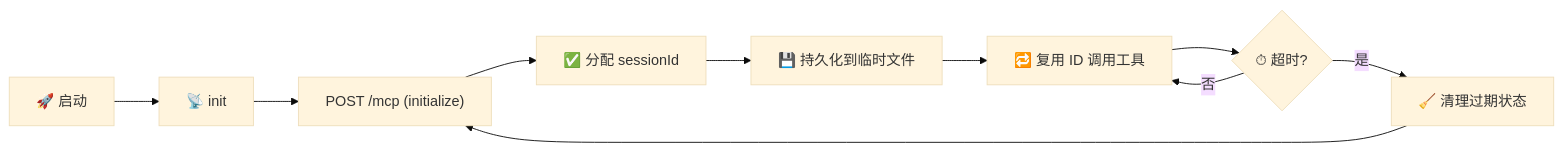
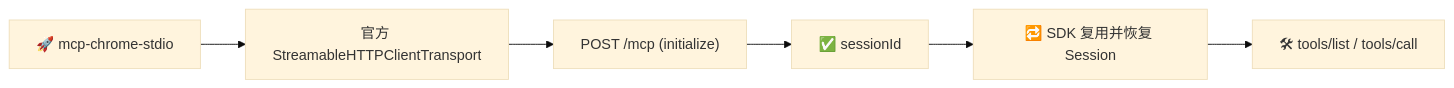
The diagram in README.md (phoenixlucky/chrome-mcp-bridge-2026-skill), drawn with Mermaid (base theme) before and after one commit. The commit also changed other lines of this file and 4 other files, not shown here.

First line of the commit message:
feat: 切换默认入口为原生 mcp-chrome-stdio，发布 v3.4.1 文档

````diff
--- a/README.md
+++ b/README.md
@@ -332,12 +324,8 @@
 ```mermaid
 flowchart LR
-    A["🚀 启动"] --> B["📡 init"]
+    A["🚀 mcp-chrome-stdio"] --> B["官方 StreamableHTTPClientTransport"]
     B --> C["POST /mcp (initialize)"]
-    C --> D["✅ 分配 sessionId"]
-    D --> E["💾 持久化到临时文件"]
-    E --> F["🔁 复用 ID 调用工具"]
-    F --> G{"⏱ 超时?"}
-    G -->|否| F
-    G -->|是| H["🧹 清理过期状态"]
-    H --> C
+    C --> D["✅ sessionId"]
+    D --> E["🔁 SDK 复用并恢复 Session"]
+    E --> F["🛠 tools/list / tools/call"]
 ```
````
